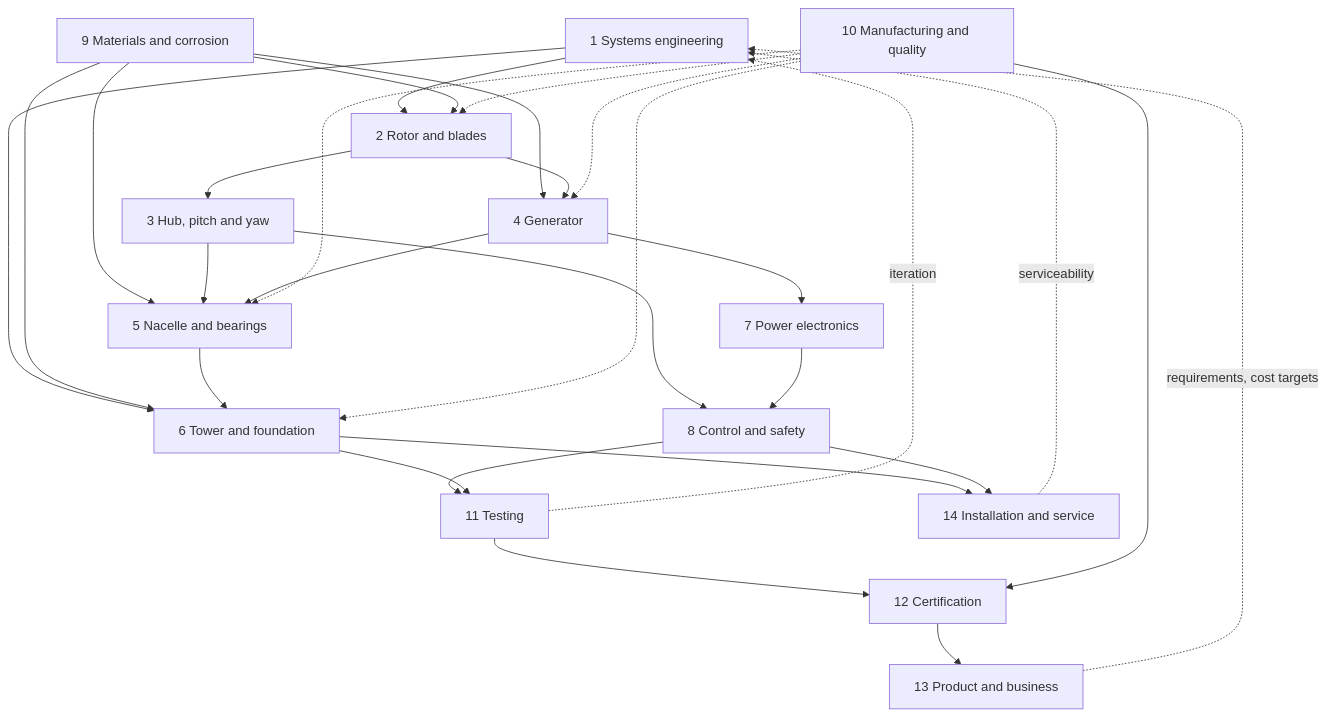
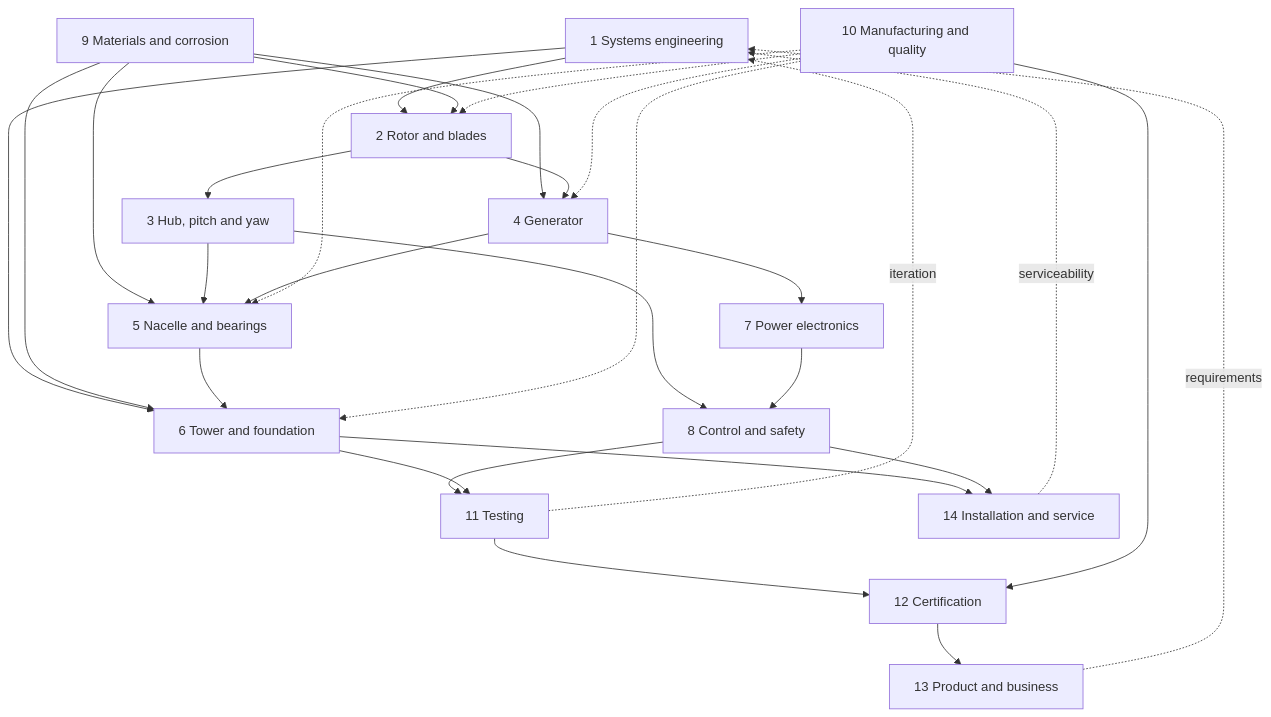
Before and after one commit to safarcikm/Wind-turbines: the diagram in docs/01-project-categories.md, drawn with Mermaid. The commit also changed other lines of this file, not shown here.

````diff
--- a/docs/01-project-categories.md
+++ b/docs/01-project-categories.md
@@ -435,31 +399,31 @@
 ```mermaid
 flowchart TD
     C1[1 Systems engineering] --> C2[2 Rotor and blades]
     C1 --> C6[6 Tower and foundation]
     C9[9 Materials and corrosion] --> C2
     C9 --> C4
     C9 --> C5
     C9 --> C6
     C2 --> C3[3 Hub, pitch and yaw]
     C2 --> C4[4 Generator]
     C3 --> C5[5 Nacelle and bearings]
     C4 --> C5
     C4 --> C7[7 Power electronics]
     C5 --> C6
     C3 --> C8[8 Control and safety]
     C7 --> C8
     C10[10 Manufacturing and quality] -.-> C2
     C10 -.-> C4
     C10 -.-> C5
     C10 -.-> C6
     C8 --> C11[11 Testing]
     C6 --> C11
     C11 --> C12[12 Certification]
     C10 --> C12
     C11 -.->|iteration| C1
     C12 --> C13[13 Product and business]
-    C13 -.->|requirements, cost targets| C1
+    C13 -.->|requirements| C1
     C6 --> C14[14 Installation and service]
     C8 --> C14
     C14 -.->|serviceability| C1
 ```
````
